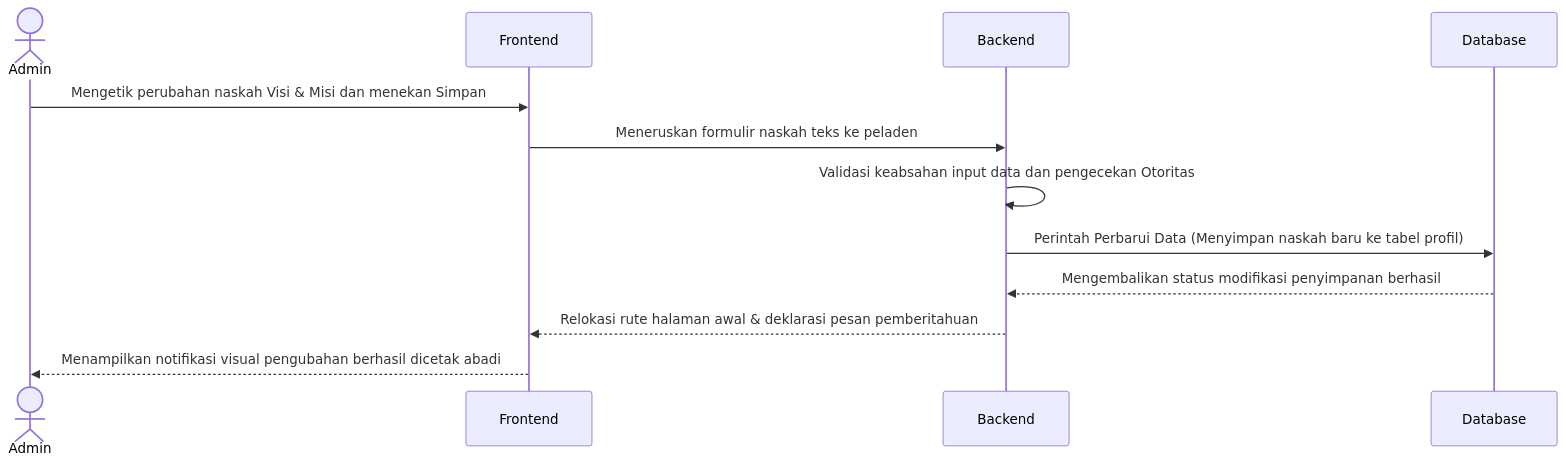
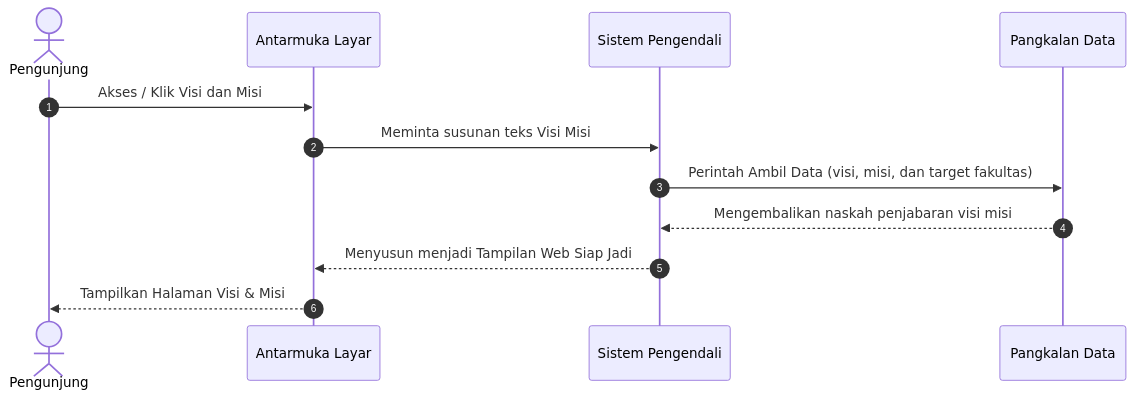
Before and after one commit to arbain-dev/Web_fikom: the fifth of 39 diagrams in docs/02_DIAGRAM_URUTAN_SEQUENCE.md, drawn with Mermaid. The commit also changed other lines of this file and 4 other files, not shown here.

````diff
--- a/docs/02_DIAGRAM_URUTAN_SEQUENCE.md
+++ b/docs/02_DIAGRAM_URUTAN_SEQUENCE.md
@@ -9,15 +120,18 @@
 ```mermaid
 sequenceDiagram
-    actor Admin
-    participant Frontend as Frontend
-    participant Backend as Backend
-    participant Database as Database
+    autonumber
     
-    Admin->>Frontend: Mengetik perubahan naskah Visi & Misi dan menekan Simpan
-    Frontend->>Backend: Meneruskan formulir naskah teks ke peladen
-    Backend->>Backend: Validasi keabsahan input data dan pengecekan Otoritas
-    Backend->>Database: Perintah Perbarui Data (Menyimpan naskah baru ke tabel profil)
-    Database-->>Backend: Mengembalikan status modifikasi penyimpanan berhasil
-    Backend-->>Frontend: Relokasi rute halaman awal & deklarasi pesan pemberitahuan
-    Frontend-->>Admin: Menampilkan notifikasi visual pengubahan berhasil dicetak abadi
+    actor User as Pengunjung
+    participant Frontend as Antarmuka Layar
+    participant Backend as Sistem Pengendali
+    participant Database as Pangkalan Data
+
+    User->>Frontend: Akses / Klik Visi dan Misi
+    Frontend->>Backend: Meminta susunan teks Visi Misi
+    
+    Backend->>Database: Perintah Ambil Data (visi, misi, dan target fakultas)
+    Database-->>Backend: Mengembalikan naskah penjabaran visi misi
+    
+    Backend-->>Frontend: Menyusun menjadi Tampilan Web Siap Jadi
+    Frontend-->>User: Tampilkan Halaman Visi & Misi
 ```
````
